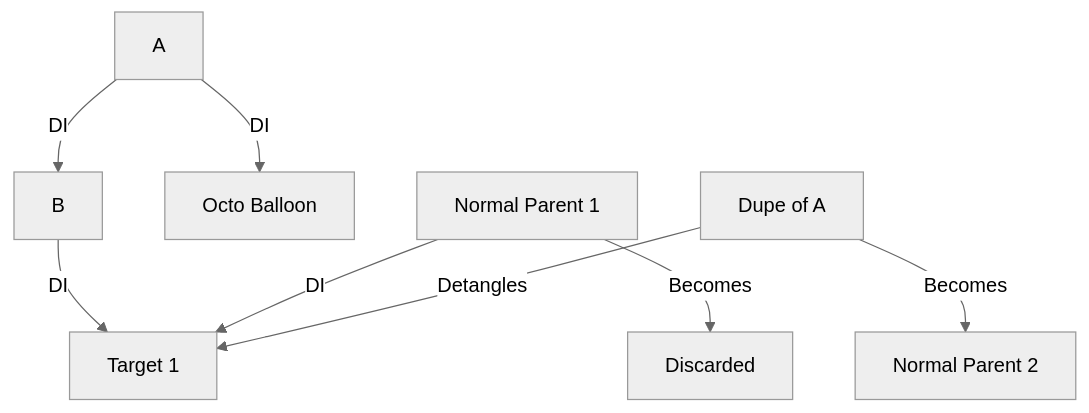
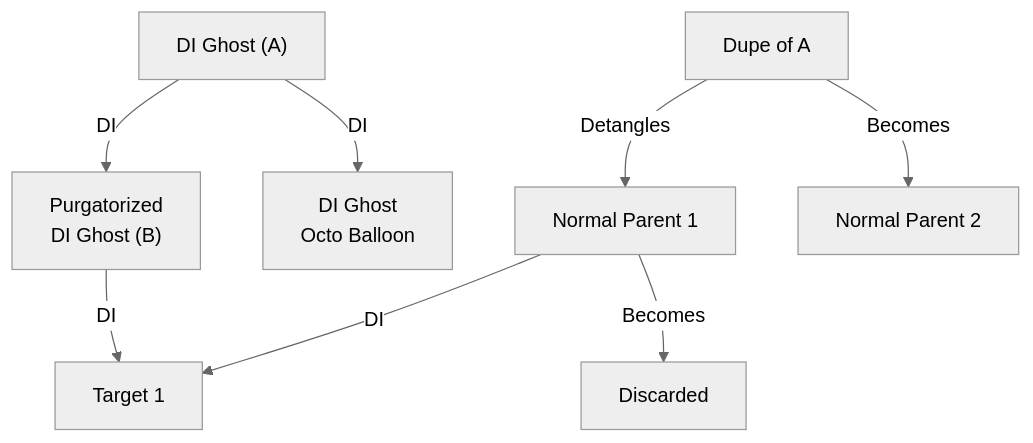
Diagram 13 of 14 in docs/wiki/glitchcraft/batch-despawn-interrupt.md (BKMzero/ultrabroken-documentation), drawn with Mermaid (neutral theme) before and after one commit. The commit also changed other lines of this file, not shown here.

````diff
--- a/docs/wiki/glitchcraft/batch-despawn-interrupt.md
+++ b/docs/wiki/glitchcraft/batch-despawn-interrupt.md
@@ -852,10 +889,19 @@
             ```mermaid
             graph TD
-                A[A] -->|DI| B[B]
-                A -->|DI| C[Octo Balloon]
-                B -->|DI| D[Target 1]
-                E[Normal Parent 1] -->|DI| D
-                F[Dupe of A] -->|Detangles| D
-                E -->|Becomes| G[Discarded]
-                F -->|Becomes| H[Normal Parent 2]
+                A["DI Ghost (A)"]
+                B["Purgatorized<br/>DI Ghost (B)"]
+                OCTO["DI Ghost<br/> Octo Balloon"]
+                C[Target 1]
+                D[Normal Parent 1]
+                E[Dupe of A]
+                F[Discarded]
+                G[Normal Parent 2]
+
+                A -->|DI| B
+                A -->|DI| OCTO
+                B -->|DI| C
+                D -->|DI| C
+                E -->|Detangles| D
+                D -->|Becomes| F
+                E -->|Becomes| G
             ```
````
